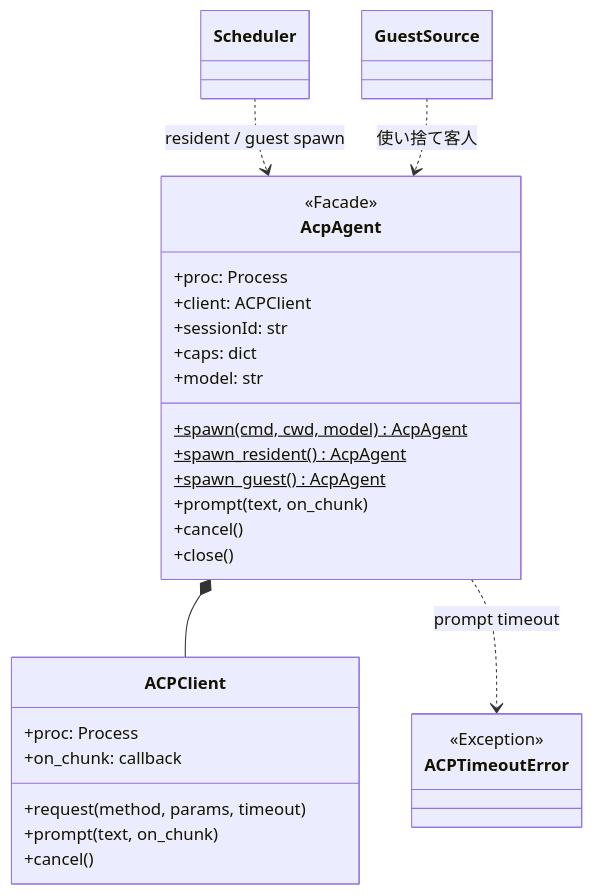
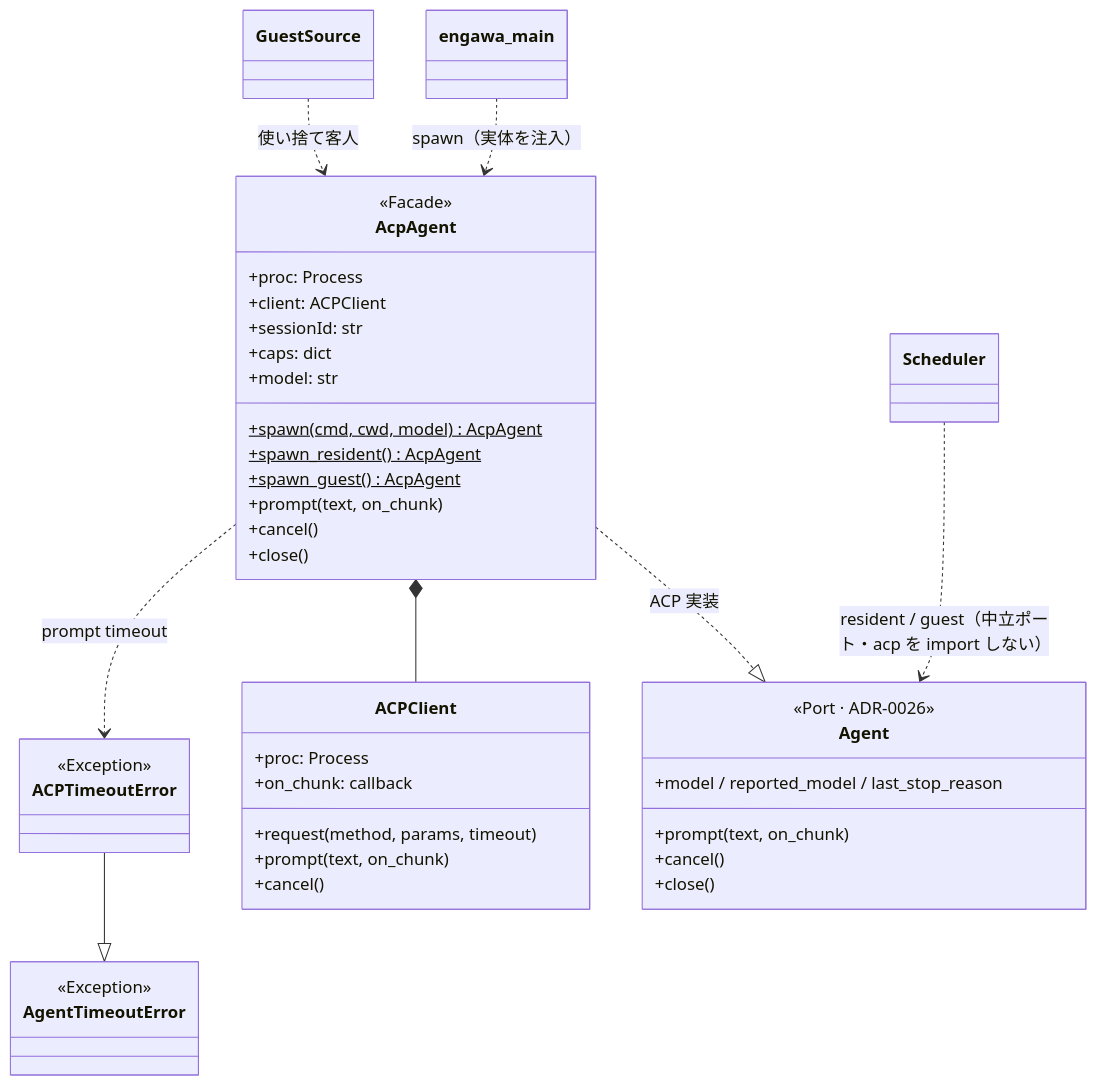
The third of 7 diagrams in docs/class-diagram.md (NiteC-a11y/Engawa), drawn with Mermaid before and after one commit. The commit also changed other lines of this file and 8 other files, not shown here.

First line of the commit message:
refactor(agent): ADR-0026 Agent ポート抽出（Scheduler を acp から分離・中立 timeout）

````diff
--- a/docs/class-diagram.md
+++ b/docs/class-diagram.md
@@ -119,36 +119,51 @@
 ```mermaid
 classDiagram
     direction TB
 
     class ACPClient {
         +proc: Process
         +on_chunk: callback
         +request(method, params, timeout)
         +prompt(text, on_chunk)
         +cancel()
     }
 
     class AcpAgent {
         <<Facade>>
         +proc: Process
         +client: ACPClient
         +sessionId: str
         +caps: dict
         +model: str
         +spawn(cmd, cwd, model)$ AcpAgent
         +spawn_resident()$ AcpAgent
         +spawn_guest()$ AcpAgent
         +prompt(text, on_chunk)
         +cancel()
         +close()
     }
 
+    class Agent {
+        <<Port · ADR-0026>>
+        +model / reported_model / last_stop_reason
+        +prompt(text, on_chunk)
+        +cancel()
+        +close()
+    }
+
+    class AgentTimeoutError {
+        <<Exception>>
+    }
+
     class ACPTimeoutError {
         <<Exception>>
     }
 
+    AcpAgent ..|> Agent : ACP 実装
+    ACPTimeoutError --|> AgentTimeoutError
     AcpAgent *-- ACPClient
     AcpAgent ..> ACPTimeoutError : prompt timeout
-    Scheduler ..> AcpAgent : resident / guest spawn
+    Scheduler ..> Agent : resident / guest（中立ポート・acp を import しない）
+    engawa_main ..> AcpAgent : spawn（実体を注入）
     GuestSource ..> AcpAgent : 使い捨て客人
 ```
````
